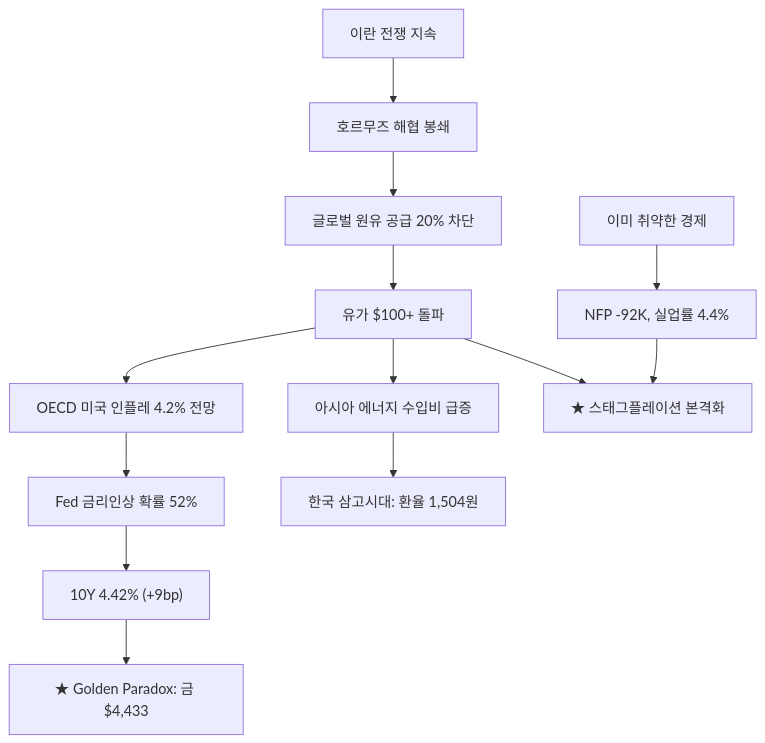
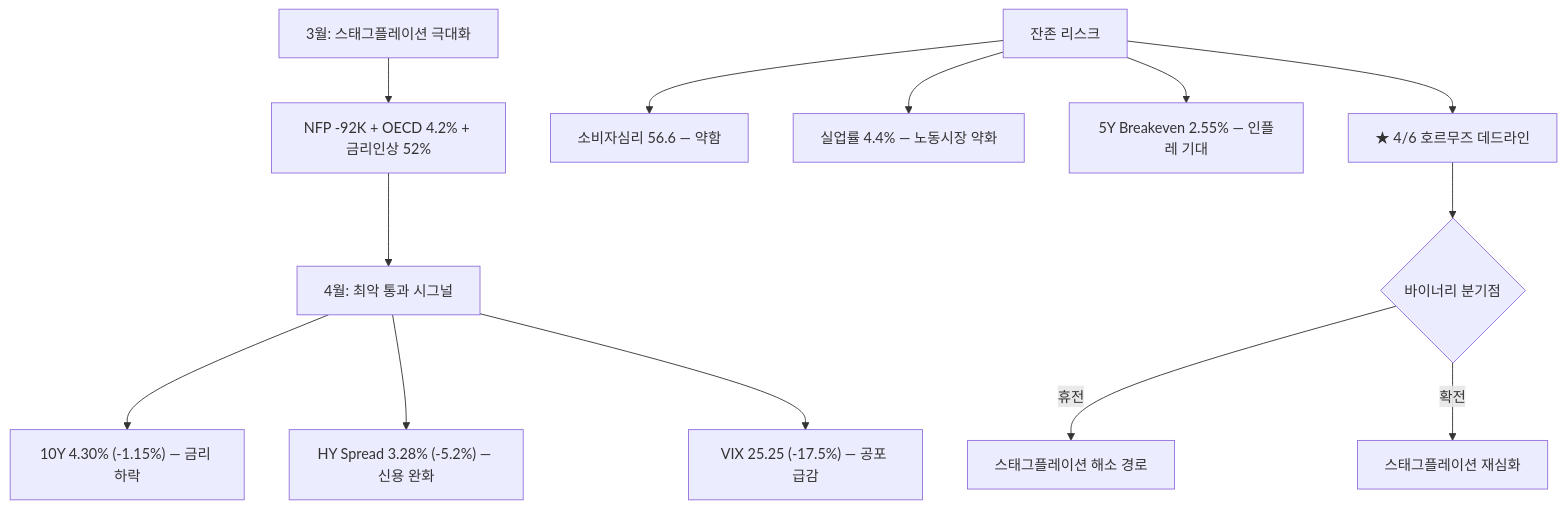
The seventh of 9 diagrams in _posts/knowledge/invest/2026-01-12-macroeconomic-policy-sector-outlook-2026.md (dss99911/dss99911.github.io), drawn with Mermaid before and after one commit. The commit also changed other lines of this file and 3 other files, not shown here.

First line of the commit message:
투자 데일리 트랙킹 2026-04-02: KOSPI +9.75% 폭등, 휴전 기대, 4/6 호르무즈 데드라인

````diff
--- a/_posts/knowledge/invest/2026-01-12-macroeconomic-policy-sector-outlook-2026.md
+++ b/_posts/knowledge/invest/2026-01-12-macroeconomic-policy-sector-outlook-2026.md
@@ -310,15 +250,15 @@
 ```mermaid
 graph TD
-    A["이란 전쟁 지속"] --> B["호르무즈 해협 봉쇄"]
-    B --> C["글로벌 원유 공급 20% 차단"]
-    C --> D["유가 $100+ 돌파"]
-    D --> E["OECD 미국 인플레 4.2% 전망"]
-    D --> F["아시아 에너지 수입비 급증"]
-    E --> G["Fed 금리인상 확률 52%"]
-    F --> H["한국 삼고시대: 환율 1,504원"]
-    G --> I["10Y 4.42% #40;+9bp#41;"]
-    I --> J["★ Golden Paradox: 금 $4,433"]
-    K["이미 취약한 경제"] --> L["NFP -92K, 실업률 4.4%"]
-    L --> M["★ 스태그플레이션 본격화"]
-    D --> M
+    A["3월: 스태그플레이션 극대화"] --> B["NFP -92K + OECD 4.2% + 금리인상 52%"]
+    B --> C["4월: 최악 통과 시그널"]
+    C --> D["10Y 4.30% #40;-1.15%#41; — 금리 하락"]
+    C --> E["HY Spread 3.28% #40;-5.2%#41; — 신용 완화"]
+    C --> F["VIX 25.25 #40;-17.5%#41; — 공포 급감"]
+    G["잔존 리스크"] --> H["소비자심리 56.6 — 약함"]
+    G --> I["실업률 4.4% — 노동시장 약화"]
+    G --> J["5Y Breakeven 2.55% — 인플레 기대"]
+    G --> K["★ 4/6 호르무즈 데드라인"]
+    K --> L{"바이너리 분기점"}
+    L -->|"휴전"| M["스태그플레이션 해소 경로"]
+    L -->|"확전"| N["스태그플레이션 재심화"]
 ```
````
